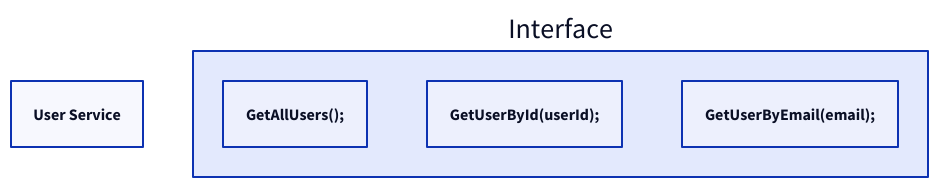
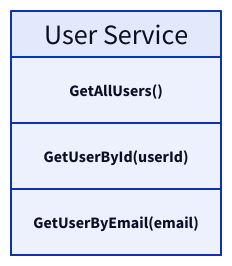
Before and after one commit to link1905/system-design-101: the fourth of 17 diagrams in content/docs/design-patterns/event-driven-architecture/event-sourcing.md, drawn with D2. The commit also changed other lines of this file and 11 other files, not shown here.

````diff
--- a/content/docs/design-patterns/event-driven-architecture/event-sourcing.md
+++ b/content/docs/design-patterns/event-driven-architecture/event-sourcing.md
@@ -118,10 +109,9 @@
 ```d2
-us: User Service {  
-    class: server
-}
-i: "Interface" {
-    "GetAllUsers();"
-    "GetUserById(userId);"
-    "GetUserByEmail(email);"
+i: "User Service" {
+    grid-columns: 1
+    grid-gap: 0
+    "GetAllUsers()"
+    "GetUserById(userId)"
+    "GetUserByEmail(email)"
 }
 ```
````
